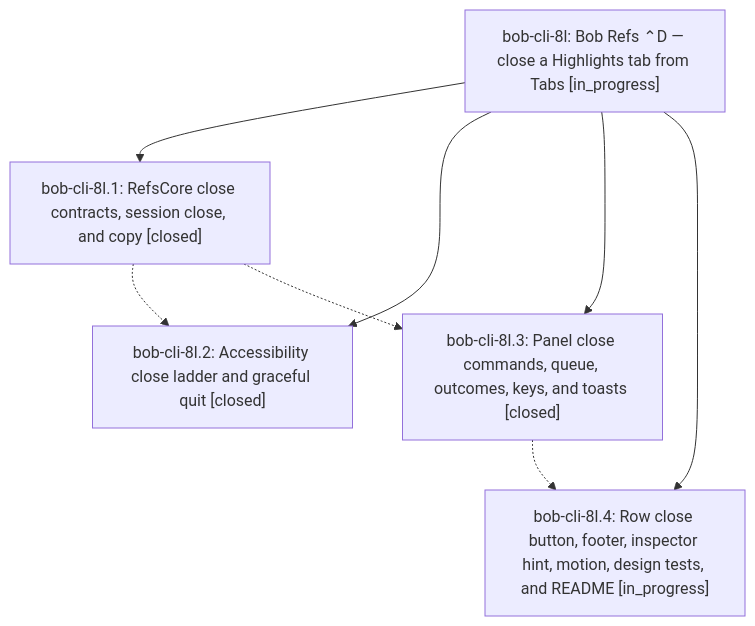
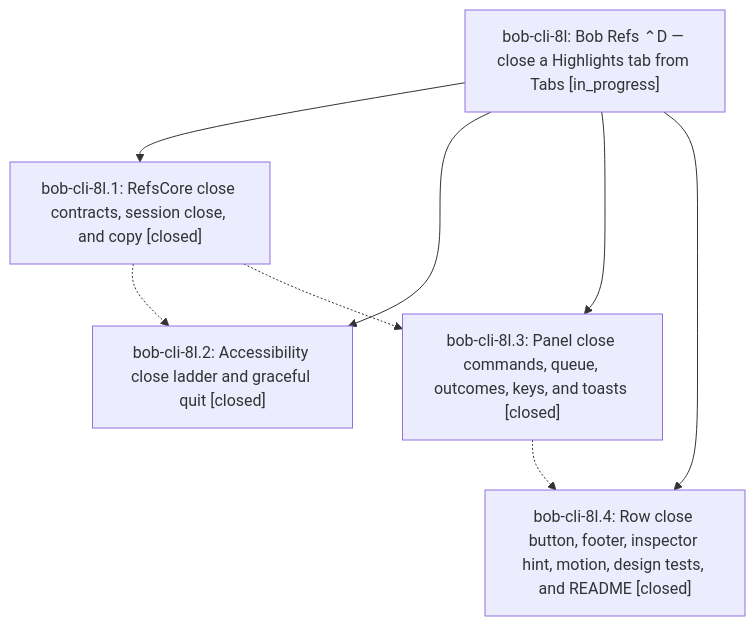
One commit to bobs-org/bob-cli--beads changed the diagram in pages/bob-cli-8l/README.md. Above: the diagram before and after it, drawn with Mermaid. The commit also changed other lines of this file and 2 other files, not shown here.

First line of the commit message:
chore(beads): sync bead state and pages for bob-cli-8l

````diff
--- a/pages/bob-cli-8l/README.md
+++ b/pages/bob-cli-8l/README.md
@@ -39,15 +43,15 @@
 ```mermaid
 flowchart TD
     n0["bob-cli-8l: Bob Refs ⌃D — close a Highlights tab from Tabs [in_progress]"]
     n1["bob-cli-8l.1: RefsCore close contracts, session close, and copy [closed]"]
     n2["bob-cli-8l.2: Accessibility close ladder and graceful quit [closed]"]
     n3["bob-cli-8l.3: Panel close commands, queue, outcomes, keys, and toasts [closed]"]
-    n4["bob-cli-8l.4: Row close button, footer, inspector hint, motion, design tests, and README [in_progress]"]
+    n4["bob-cli-8l.4: Row close button, footer, inspector hint, motion, design tests, and README [closed]"]
     n0 --> n1
     n0 --> n2
     n0 --> n3
     n0 --> n4
     n1 -.-> n2
     n1 -.-> n3
     n3 -.-> n4
 ```
````
